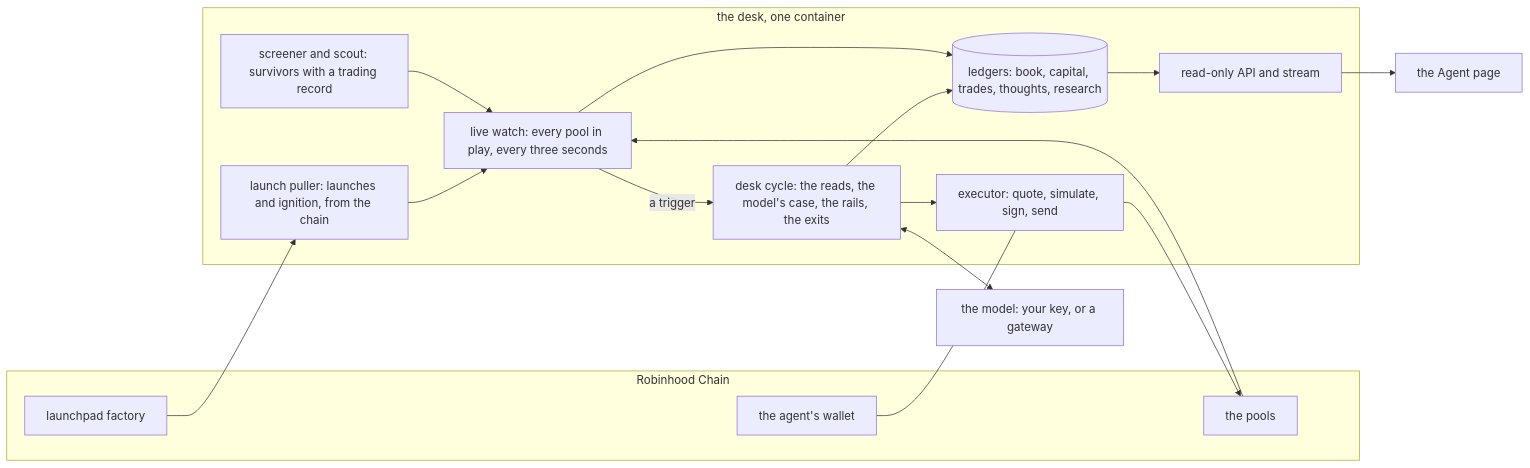
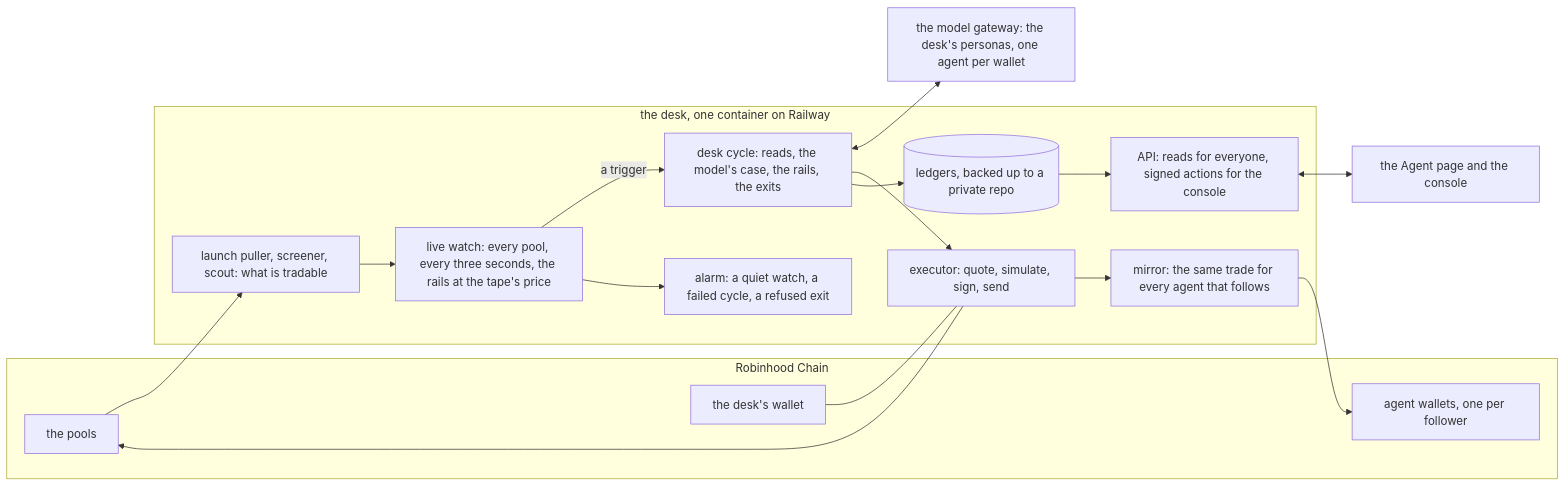
One commit to ObscuraMarket/agent-obs changed the diagram in README.md. Above: the diagram before and after it, drawn with Mermaid. The commit also changed other lines of this file, not shown here.

````diff
--- a/README.md
+++ b/README.md
@@ -61,29 +71,25 @@
 ```mermaid
 flowchart LR
   subgraph chain["Robinhood Chain"]
-    factory["launchpad factory"]
     pools["the pools"]
-    wallet["the agent's wallet"]
+    wallet["the desk's wallet"]
+    agents["agent wallets, one per follower"]
   end
-  subgraph box["the desk, one container"]
-    lp["launch puller: launches and ignition, from the chain"]
-    sc["screener and scout: survivors with a trading record"]
-    lw["live watch: every pool in play, every three seconds"]
-    cy["desk cycle: the reads, the model's case, the rails, the exits"]
+  subgraph box["the desk, one container on Railway"]
+    feed["launch puller, screener, scout: what is tradable"]
+    lw["live watch: every pool, every three seconds, the rails at the tape's price"]
+    cy["desk cycle: reads, the model's case, the rails, the exits"]
     ex["executor: quote, simulate, sign, send"]
-    led[("ledgers: book, capital, trades, thoughts, research")]
-    api["read-only API and stream"]
+    mi["mirror: the same trade for every agent that follows"]
+    led[("ledgers, backed up to a private repo")]
+    api["API: reads for everyone, signed actions for the console"]
+    al["alarm: a quiet watch, a failed cycle, a refused exit"]
   end
-  gw["the model: your key, or a gateway"]
-  page["the Agent page"]
-  factory --> lp --> lw
-  pools --> lw
-  sc --> lw
-  lw -- "a trigger" --> cy
-  cy <--> gw
+  gw["the model gateway: the desk's personas, one agent per wallet"]
+  page["the Agent page and the console"]
+  pools --> feed --> lw -- "a trigger" --> cy <--> gw
   cy --> ex --> pools
-  wallet --- ex
-  cy --> led
-  lw --> led
-  led --> api --> page
+  wallet --- ex --> mi --> agents
+  cy --> led --> api <--> page
+  lw --> al
 ```
````
